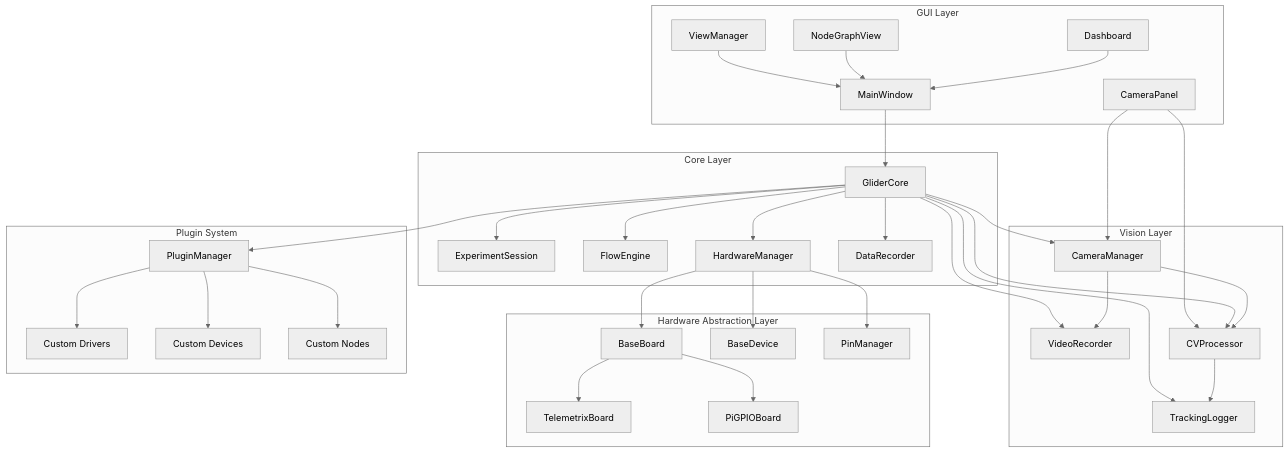
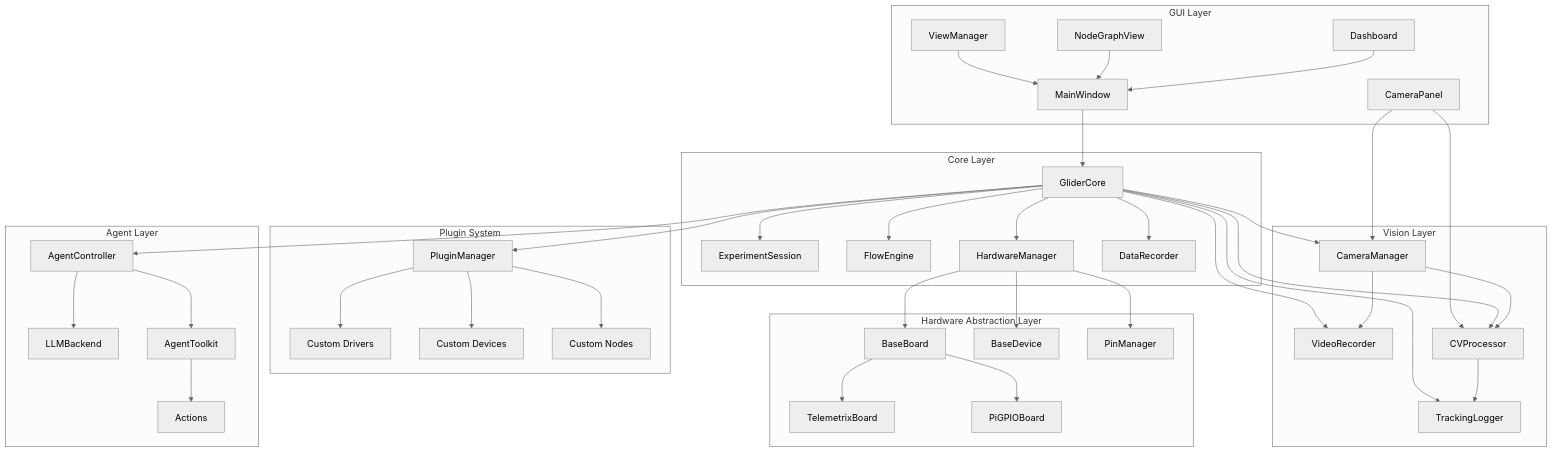
One commit to gbradham/glider changed the first of 13 diagrams in docs/developer-guide/architecture.md. Above: the diagram before and after it, drawn with Mermaid (neutral theme). The commit also changed other lines of this file and 5 other files, not shown here.

````diff
--- a/docs/developer-guide/architecture.md
+++ b/docs/developer-guide/architecture.md
@@ -53,6 +53,13 @@
         NOD[Custom Nodes]
     end
 
+    subgraph Agent["Agent Layer"]
+        AC[AgentController]
+        LLM[LLMBackend]
+        ATK[AgentToolkit]
+        ACT[Actions]
+    end
+
     MW --> GC
     VM --> MW
     NG --> MW
@@ -83,4 +90,9 @@
     PLM --> DEV
     PLM --> NOD
     GC --> PLM
+
+    AC --> LLM
+    AC --> ATK
+    ATK --> ACT
+    GC --> AC
 ```
````
